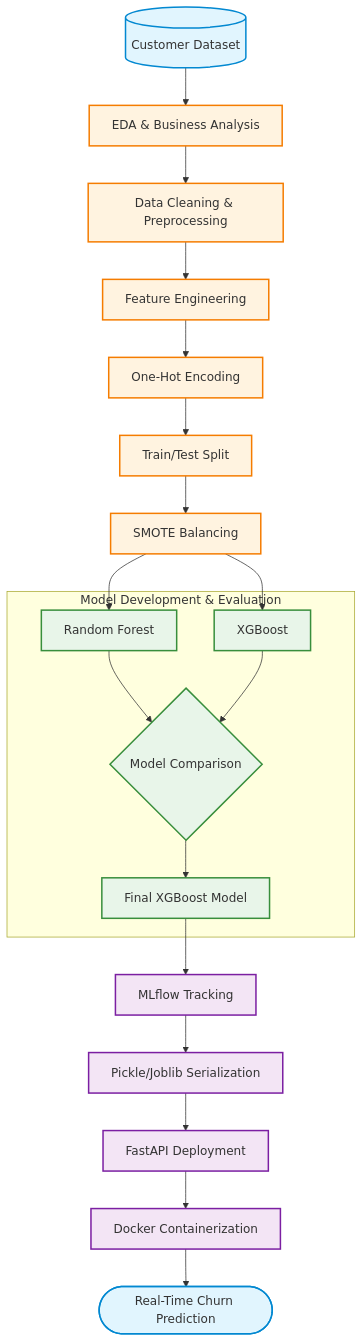
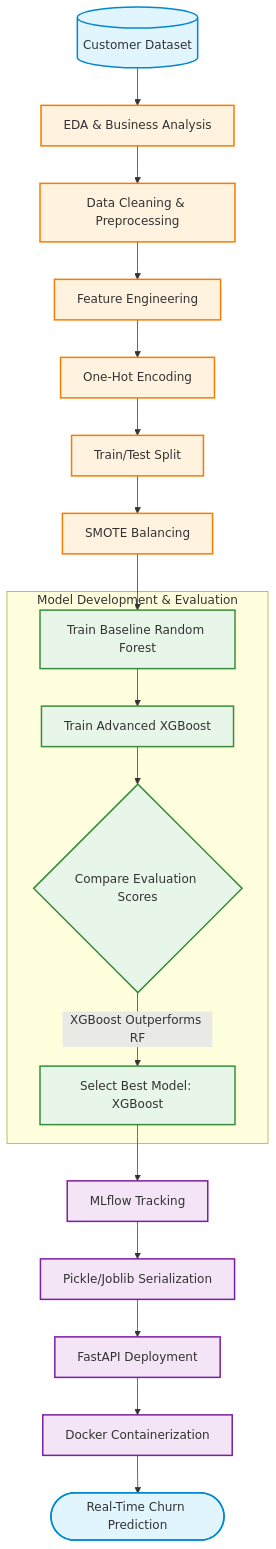
One commit to Ajayy009/lloyds-customer-retention-churn-mlops changed the diagram in README.md. Above: the diagram before and after it, drawn with Mermaid. The commit also changed other lines of this file, not shown here.

Commit message:
Update model phase in README with new training steps

````diff
--- a/README.md
+++ b/README.md
@@ -18,48 +18,47 @@
 ```mermaid
 graph TD
     %% Define Styles for GitHub Themes
     classDef data fill:#e1f5fe,stroke:#0288d1,stroke-width:2px;
     classDef process fill:#fff3e0,stroke:#f57c00,stroke-width:2px;
     classDef model fill:#e8f5e9,stroke:#388e3c,stroke-width:2px;
     classDef deploy fill:#f3e5f5,stroke:#7b1fa2,stroke-width:2px;
 
     %% Nodes
     A[(Customer Dataset)]:::data
     B[EDA & Business Analysis]:::process
     C[Data Cleaning & Preprocessing]:::process
     D[Feature Engineering]:::process
     E[One-Hot Encoding]:::process
     F[Train/Test Split]:::process
     G[SMOTE Balancing]:::process
     
     subgraph Model_Phase [Model Development & Evaluation]
-        H[Random Forest]:::model
-        I[XGBoost]:::model
-        J{Model Comparison}:::model
-        K[Final XGBoost Model]:::model
+        H[Train Baseline Random Forest]:::model
+        I[Train Advanced XGBoost]:::model
+        J{Compare Evaluation Scores}:::model
+        K[Select Best Model: XGBoost]:::model
     end
 
     L[MLflow Tracking]:::deploy
     M[Pickle/Joblib Serialization]:::deploy
     N[FastAPI Deployment]:::deploy
     O[Docker Containerization]:::deploy
     P([Real-Time Churn Prediction]):::data
 
     %% Connections
     A --> B
     B --> C
     C --> D
     D --> E
     E --> F
     F --> G
     G --> H
-    G --> I
-    H --> J
+    H --> I
     I --> J
-    J --> K
+    J -- "XGBoost Outperforms RF" --> K
     K --> L
     L --> M
     M --> N
     N --> O
-    O --> P
- ```
+    O --> P 
+```
````
